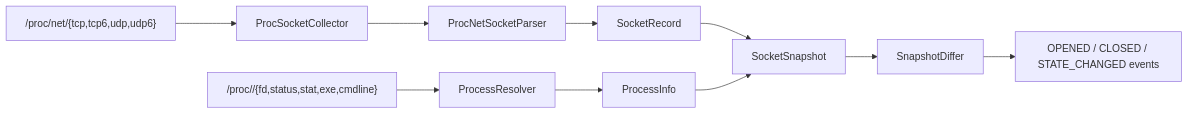
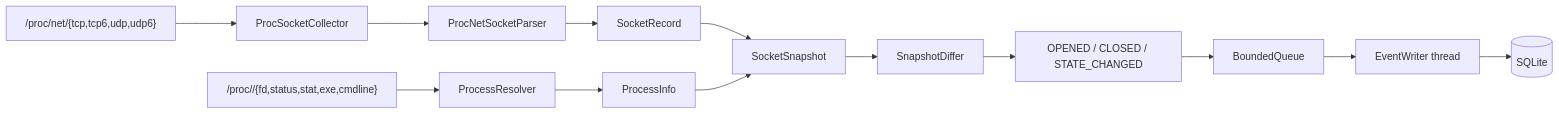
The diagram in README.md (ShayaanRashedin/netwatch), drawn with Mermaid before and after one commit. The commit also changed other lines of this file and 11 other files, not shown here.

First line of the commit message:
feat: add asynchronous SQLite event persistence

````diff
--- a/README.md
+++ b/README.md
@@ -34,12 +37,15 @@
 ```mermaid
 flowchart LR
     A["/proc/net/{tcp,tcp6,udp,udp6}"] --> B[ProcSocketCollector]
     B --> C[ProcNetSocketParser]
     D["/proc/<pid>/{fd,status,stat,exe,cmdline}"] --> E[ProcessResolver]
     C --> F[SocketRecord]
     E --> G[ProcessInfo]
     F --> H[SocketSnapshot]
     G --> H
     H --> I[SnapshotDiffer]
-    I --> J["OPENED / CLOSED / STATE_CHANGED events"]
+    I --> J["OPENED / CLOSED / STATE_CHANGED"]
+    J --> K[BoundedQueue]
+    K --> L[EventWriter thread]
+    L --> M[(SQLite)]
 ```
````
